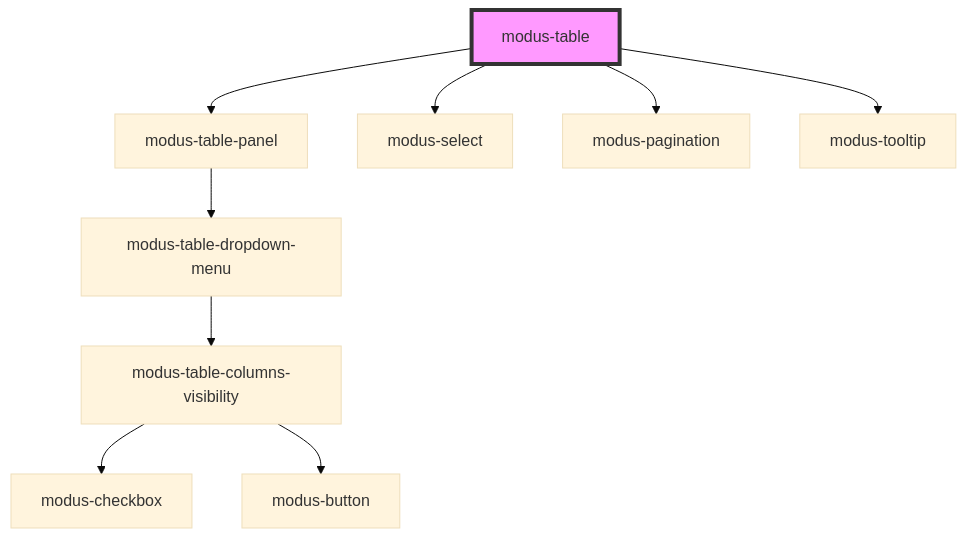
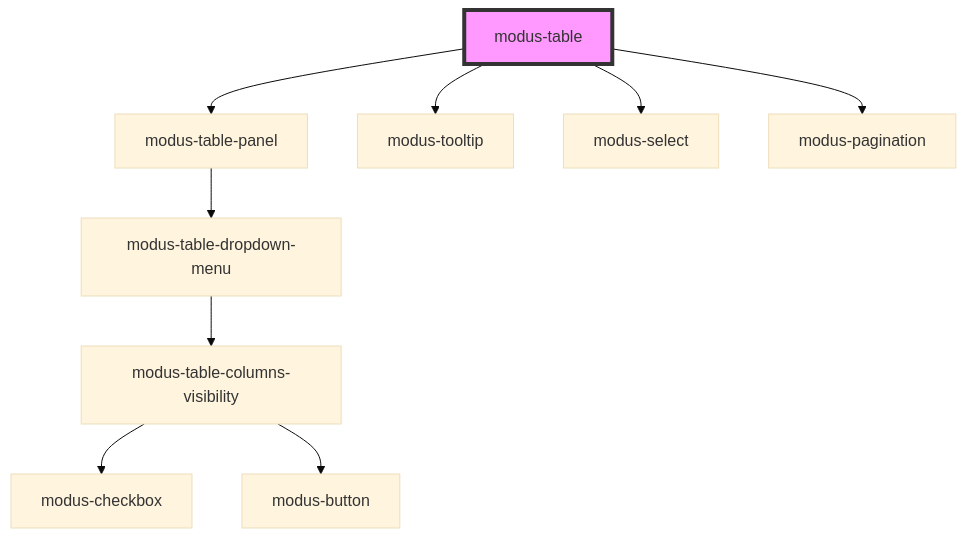
The diagram in stencil-workspace/src/components/modus-table/readme.md (trimble-oss/modus-web-components), drawn with Mermaid (base theme) before and after one commit. The commit also changed other lines of this file and 19 other files, not shown here.

````diff
--- a/stencil-workspace/src/components/modus-table/readme.md
+++ b/stencil-workspace/src/components/modus-table/readme.md
@@ -78,12 +80,12 @@
 ```mermaid
 graph TD;
   modus-table --> modus-table-panel
+  modus-table --> modus-tooltip
   modus-table --> modus-select
   modus-table --> modus-pagination
-  modus-table --> modus-tooltip
   modus-table-panel --> modus-table-dropdown-menu
   modus-table-dropdown-menu --> modus-table-columns-visibility
   modus-table-columns-visibility --> modus-checkbox
   modus-table-columns-visibility --> modus-button
   style modus-table fill:#f9f,stroke:#333,stroke-width:4px
 ```
````
